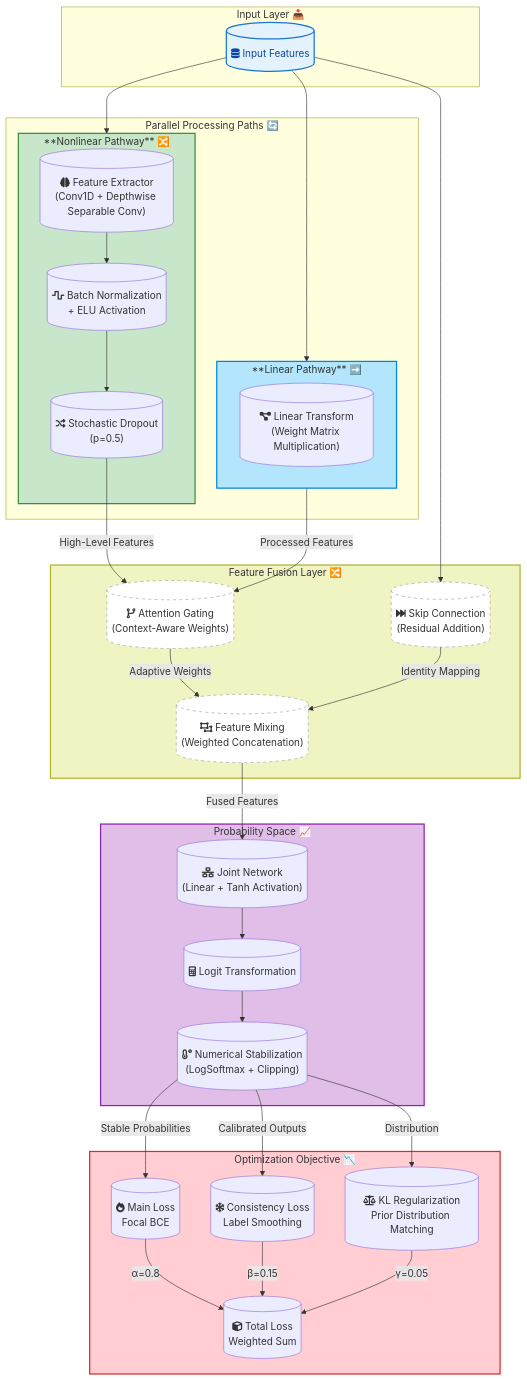
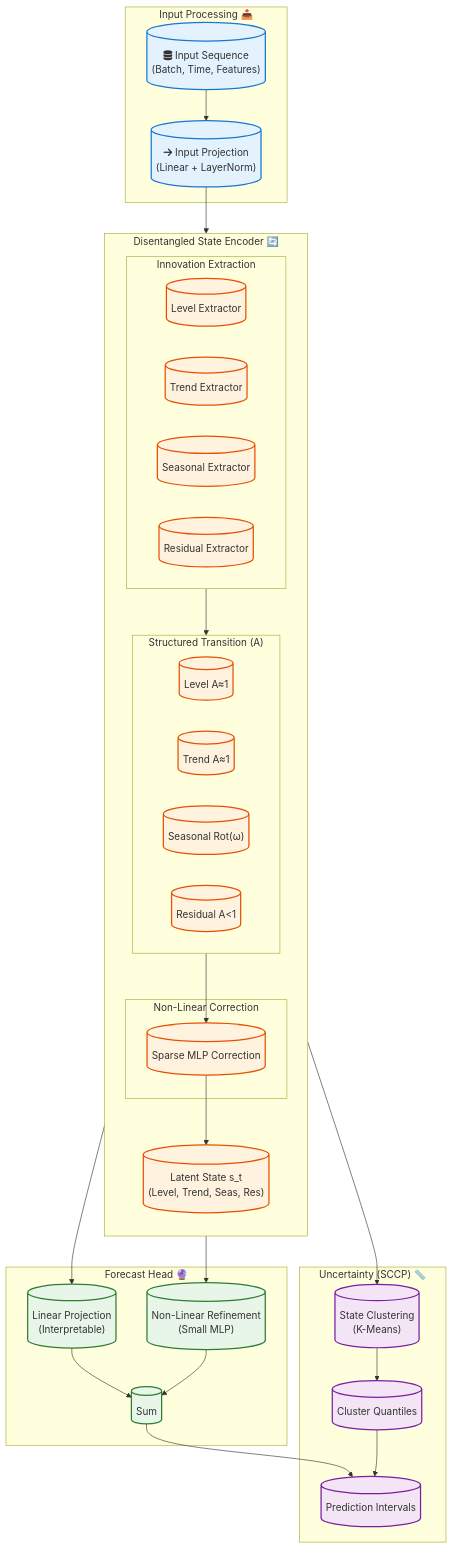
One commit to Narden91/BSSNN changed the diagram in docs/flow_diagram.md. Above: the diagram before and after it, drawn with Mermaid. The commit also changed 26 other files, not shown here.

````diff
--- a/docs/flow_diagram.md
+++ b/docs/flow_diagram.md
@@ -1,79 +1,67 @@
 ```mermaid
 flowchart TB
-    subgraph Input["Input Layer 📥"]
-        X[("fa:fa-database Input Features")]
+    subgraph Input["Input Processing 📥"]
+        X[("fa:fa-database Input Sequence\n(Batch, Time, Features)")]
+        Proj[("fa:fa-arrow-right Input Projection\n(Linear + LayerNorm)")]
+        X --> Proj
     end
 
-    subgraph ParallelProcessing["Parallel Processing Paths 🔄"]
-        subgraph LinearPath["**Linear Pathway** ➡️"]
-            L1[("fa:fa-project-diagram Linear Transform\n(Weight Matrix Multiplication)")]
+    subgraph Encoder["Disentangled State Encoder 🔄"]
+        direction TB
+        
+        subgraph extraction["Innovation Extraction"]
+            E1[("Level Extractor")]
+            E2[("Trend Extractor")]
+            E3[("Seasonal Extractor")]
+            E4[("Residual Extractor")]
         end
         
-        subgraph NonlinearPath["**Nonlinear Pathway** 🔀"]
-            NL1[("fa:fa-brain Feature Extractor\n(Conv1D + Depthwise Separable Conv)")]
-            NL2[("fa:fa-wave-square Batch Normalization\n+ ELU Activation")]
-            NL3[("fa:fa-random Stochastic Dropout\n(p=0.5)")]
-            
-            NL1 --> NL2
-            NL2 --> NL3
+        subgraph transition["Structured Transition (A)"]
+            T1[("Level A≈1")]
+            T2[("Trend A≈1")]
+            T3[("Seasonal Rot(ω)")]
+            T4[("Residual A<1")]
         end
+        
+        subgraph correction["Non-Linear Correction"]
+            MLP[("Sparse MLP Correction")]
+        end
+        
+        Proj --> extraction
+        extraction --> transition
+        transition --> MLP
+        MLP --> State[("Latent State s_t\n(Level, Trend, Seas, Res)")]
     end
     
-    subgraph Combination["Feature Fusion Layer 🔀"]
-        G1[("fa:fa-code-branch Attention Gating\n(Context-Aware Weights)")]
-        M1[("fa:fa-object-ungroup Feature Mixing\n(Weighted Concatenation)")]
-        SK1[("fa:fa-fast-forward Skip Connection\n(Residual Addition)")]
+    subgraph Forecast["Forecast Head 🔮"]
+        Linear[("Linear Projection\n(Interpretable)")]
+        NonLinear[("Non-Linear Refinement\n(Small MLP)")]
+        Sum[("Sum")]
         
-        G1 -->|Adaptive Weights| M1
-        SK1 -->|Identity Mapping| M1
+        State --> Linear
+        State --> NonLinear
+        Linear --> Sum
+        NonLinear --> Sum
     end
     
-    subgraph Probability["Probability Space 📈"]
-        P1[("fa:fa-network-wired Joint Network\n(Linear + Tanh Activation)")]
-        P2[("fa:fa-calculator Logit Transformation")]
-        P3[("fa:fa-temperature-low Numerical Stabilization\n(LogSoftmax + Clipping)")]
+    subgraph Conformal["Uncertainty (SCCP) 📏"]
+        Cluster[("State Clustering\n(K-Means)")]
+        Quantile[("Cluster Quantiles")]
+        Intervals[("Prediction Intervals")]
         
-        P1 --> P2
-        P2 --> P3
-    end
-    
-    subgraph Loss["Optimization Objective 📉"]
-        L2[("fa:fa-fire Main Loss\nFocal BCE")]
-        L3[("fa:fa-snowflake Consistency Loss\nLabel Smoothing")]
-        L4[("fa:fa-scale-balanced KL Regularization\nPrior Distribution Matching")]
-        L5[("fa:fa-cube Total Loss\nWeighted Sum")] 
-        
-        L2 -->|α=0.8| L5
-        L3 -->|β=0.15| L5
-        L4 -->|γ=0.05| L5
+        State --> Cluster
+        Cluster --> Quantile
+        Sum --> Intervals
+        Quantile --> Intervals
     end
 
-    X --> LinearPath
-    X --> NonlinearPath
-    X --> SK1
+    classDef input fill:#e3f2fd,stroke:#1976d2,stroke-width:2px;
+    classDef encoder fill:#fff3e0,stroke:#e65100,stroke-width:2px;
+    classDef forecast fill:#e8f5e9,stroke:#2e7d32,stroke-width:2px;
+    classDef conformal fill:#f3e5f5,stroke:#7b1fa2,stroke-width:2px;
     
-    LinearPath -->|Processed Features| G1
-    NL3 -->|High-Level Features| G1
-    
-    M1 -->|Fused Features| P1
-    
-    P3 -->|Stable Probabilities| L2
-    P3 -->|Calibrated Outputs| L3
-    P3 -->|Distribution| L4
-
-    classDef input fill:#e3f2fd,stroke:#1976d2,stroke-width:2px,color:#0d47a1;
-    classDef linear fill:#b3e5fc,stroke:#0288d1,stroke-width:2px;
-    classDef nonlinear fill:#c8e6c9,stroke:#388e3c,stroke-width:2px;
-    classDef fusion fill:#f0f4c3,stroke:#afb42b,stroke-width:2px;
-    classDef probability fill:#e1bee7,stroke:#8e24aa,stroke-width:2px;
-    classDef loss fill:#ffcdd2,stroke:#d32f2f,stroke-width:2px;
-    classDef connector fill:#ffffff,stroke:#9e9e9e,stroke-dasharray:5 5;
-    
-    class X input;
-    class LinearPath linear;
-    class NonlinearPath nonlinear;
-    class Combination fusion;
-    class Probability probability;
-    class Loss loss;
-    class G1,M1,SK1 connector;
+    class X,Proj input;
+    class E1,E2,E3,E4,T1,T2,T3,T4,MLP,State encoder;
+    class Linear,NonLinear,Sum forecast;
+    class Cluster,Quantile,Intervals conformal;
 ```
````
